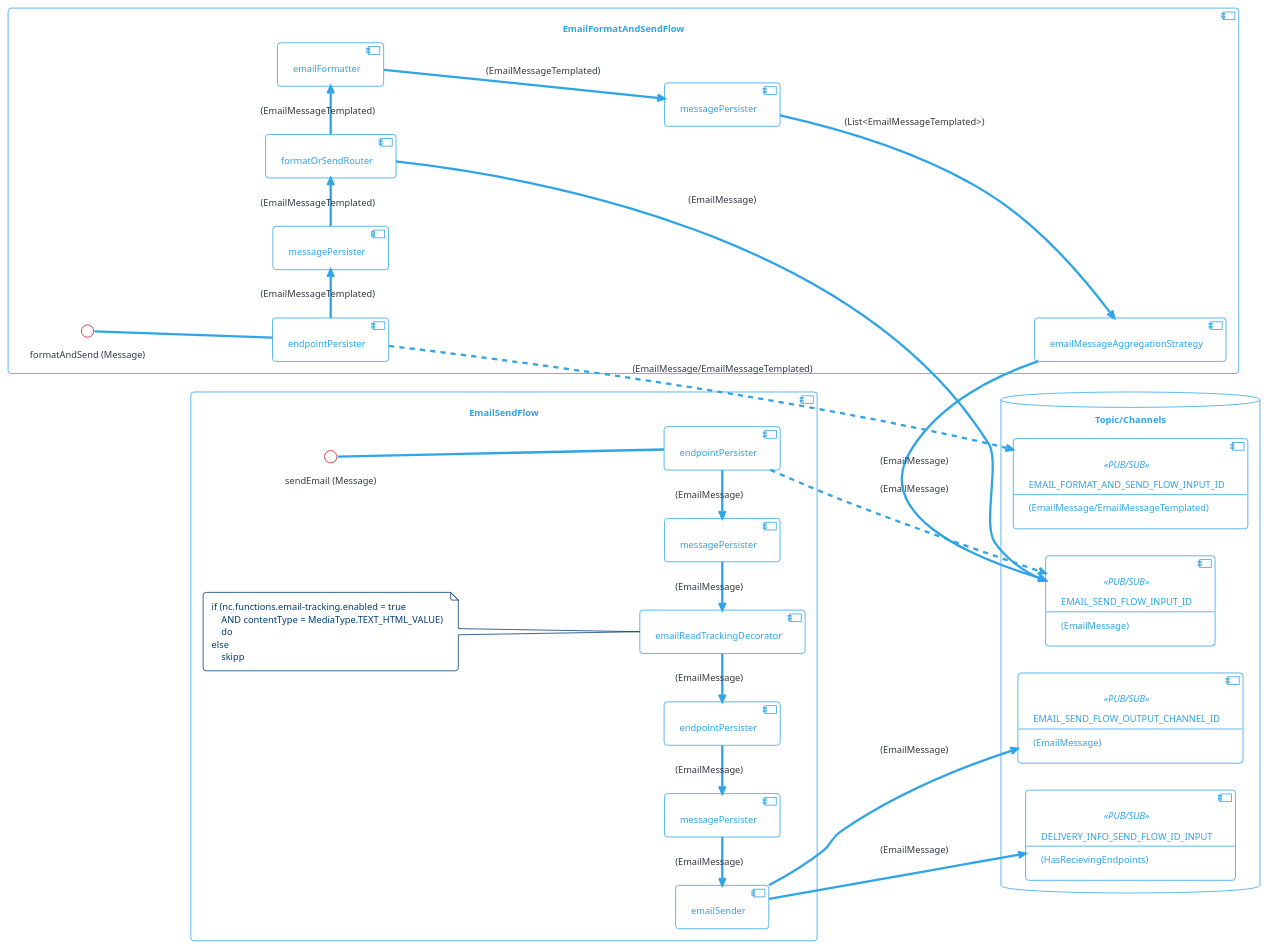
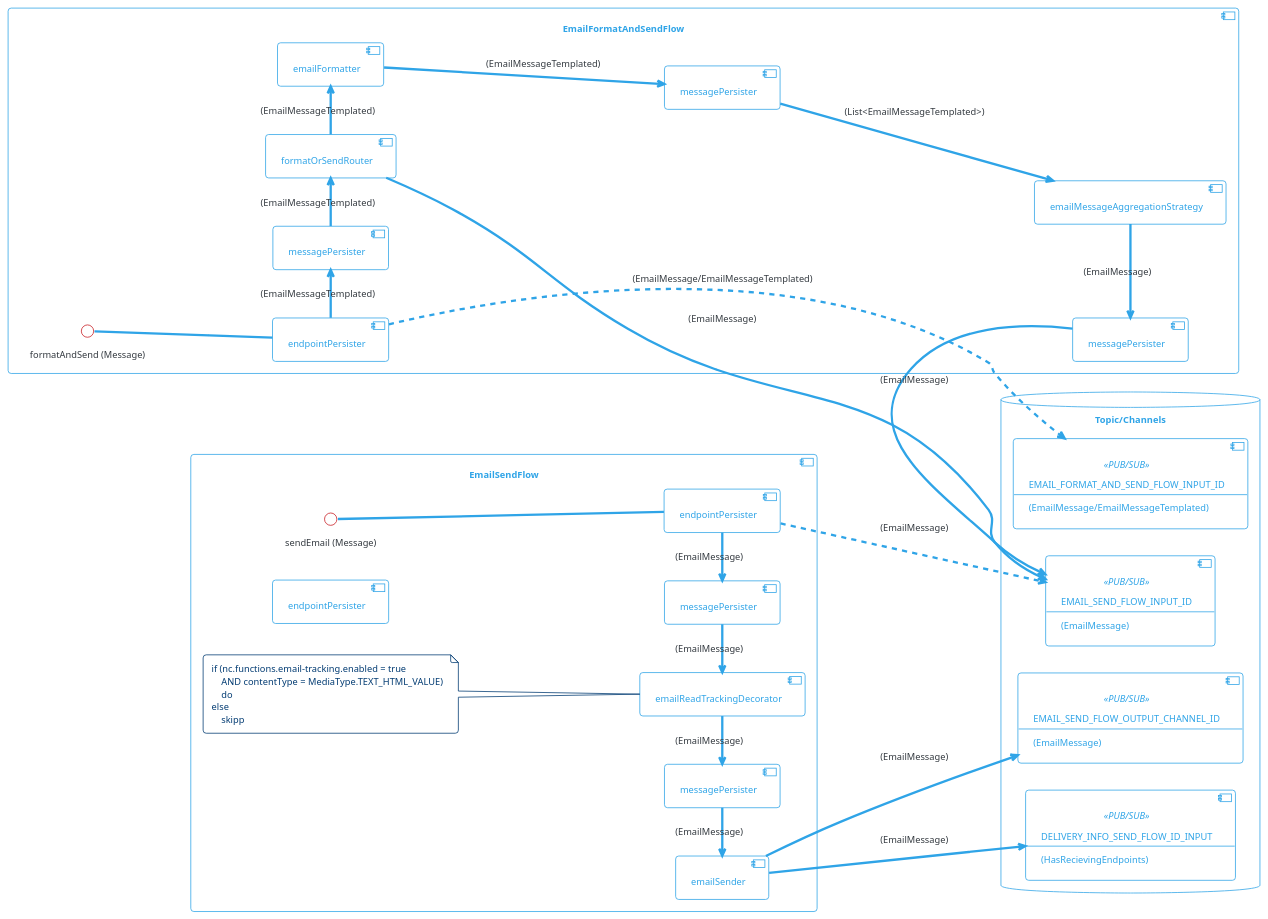
Before and after one commit to com-obj/notiflow: the diagram in docs/diagrams/src/email-processing-flow.puml, drawn with PlantUML. The commit also changed 2 other files, not shown here.

Commit message:
update flow diagrams

```diff
--- a/docs/diagrams/src/email-processing-flow.puml
+++ b/docs/diagrams/src/email-processing-flow.puml
@@ -1,115 +1,117 @@
 @startuml
 
 !theme cerulean-outline
 
 left to right direction
 
 skinparam backgroundcolor White
 skinparam component {
     backgroundColor<<user defined>> LightGray
 }
 /'
 database "PostgreSQL" {
     [nc_message]
     [nc_endpoint]
 }
 '/
 
 database "Topic/Channels" {
     component EMAIL_FORMAT_AND_SEND_FLOW_INPUT_ID<<PUB/SUB>>[
         EMAIL_FORMAT_AND_SEND_FLOW_INPUT_ID
         --
         (EmailMessage/EmailMessageTemplated)
     ]
 
     component EMAIL_SEND_FLOW_INPUT_ID<<PUB/SUB>>[
         EMAIL_SEND_FLOW_INPUT_ID
         --
         (EmailMessage)
     ]
 
     component EMAIL_SEND_FLOW_OUTPUT_CHANNEL_ID<<PUB/SUB>>[
         EMAIL_SEND_FLOW_OUTPUT_CHANNEL_ID
         --
         (EmailMessage)
     ]
 
     component DELIVERY_INFO_SEND_FLOW_ID_INPUT<<PUB/SUB>>  [
         DELIVERY_INFO_SEND_FLOW_ID_INPUT
         --
         (HasRecievingEndpoints)
     ]
 
 }
 
 component "EmailSendFlow" {
     [endpointPersister] as endpointPersister1
     [messagePersister] as messagePersister1
     [emailReadTrackingDecorator]
     [endpointPersister] as endpointPersister2
     [messagePersister] as messagePersister2
     [emailSender]
 
     endpointPersister1 -l-> messagePersister1: (EmailMessage)
     messagePersister1 -l-> emailReadTrackingDecorator: (EmailMessage)
-    emailReadTrackingDecorator -l-> endpointPersister2: (EmailMessage)
-    endpointPersister2 -l-> messagePersister2: (EmailMessage)
+    emailReadTrackingDecorator -l-> messagePersister2: (EmailMessage)
     messagePersister2 -l-> emailSender: (EmailMessage)
 
  '   messagePersister --> nc_message: (EmailMessage)
 '  endpointPersister --> nc_endpoint: (List<RecievingEndpoint>)
 
     endpointPersister1 ..> EMAIL_SEND_FLOW_INPUT_ID : (EmailMessage) 
     emailSender --> EMAIL_SEND_FLOW_OUTPUT_CHANNEL_ID : (EmailMessage) 
 
     emailSender --> DELIVERY_INFO_SEND_FLOW_ID_INPUT : (EmailMessage) 
 
     note left of emailReadTrackingDecorator 
         if (nc.functions.email-tracking.enabled = true 
             AND contentType = MediaType.TEXT_HTML_VALUE)
             do
         else
             skipp        
     end note  
 
     
     interface "sendEmail (Message)" as sendEmail        
         endpointPersister1 -u- sendEmail
 }
 
 
 
 component "EmailFormatAndSendFlow" {
     [endpointPersister] as endpointPersister3
     [messagePersister] as messagePersister3
     [formatOrSendRouter]
     [emailFormatter]
     [messagePersister] as messagePersister4
     [emailMessageAggregationStrategy]
+    [messagePersister] as messagePersister5
+
 
     emailFormatter --> messagePersister4: (EmailMessageTemplated)
     messagePersister4 --> emailMessageAggregationStrategy: (List<EmailMessageTemplated>)
 
     endpointPersister3 .> EMAIL_FORMAT_AND_SEND_FLOW_INPUT_ID : (EmailMessage/EmailMessageTemplated) 
 
 
 
     endpointPersister3 -> messagePersister3 : (EmailMessageTemplated)
     messagePersister3 -> formatOrSendRouter : (EmailMessageTemplated)
     formatOrSendRouter -> emailFormatter : (EmailMessageTemplated)
     formatOrSendRouter -> EMAIL_SEND_FLOW_INPUT_ID : (EmailMessage)
 
-    emailMessageAggregationStrategy -> EMAIL_SEND_FLOW_INPUT_ID : (EmailMessage) 
+    emailMessageAggregationStrategy -l-> messagePersister5 : (EmailMessage) 
+    messagePersister5 -> EMAIL_SEND_FLOW_INPUT_ID : (EmailMessage) 
 
     interface "formatAndSend (Message)" as formatAndSend        
         endpointPersister3 -u- formatAndSend
         
 }
 
 
 
 
 
 
 
 @enduml
```
